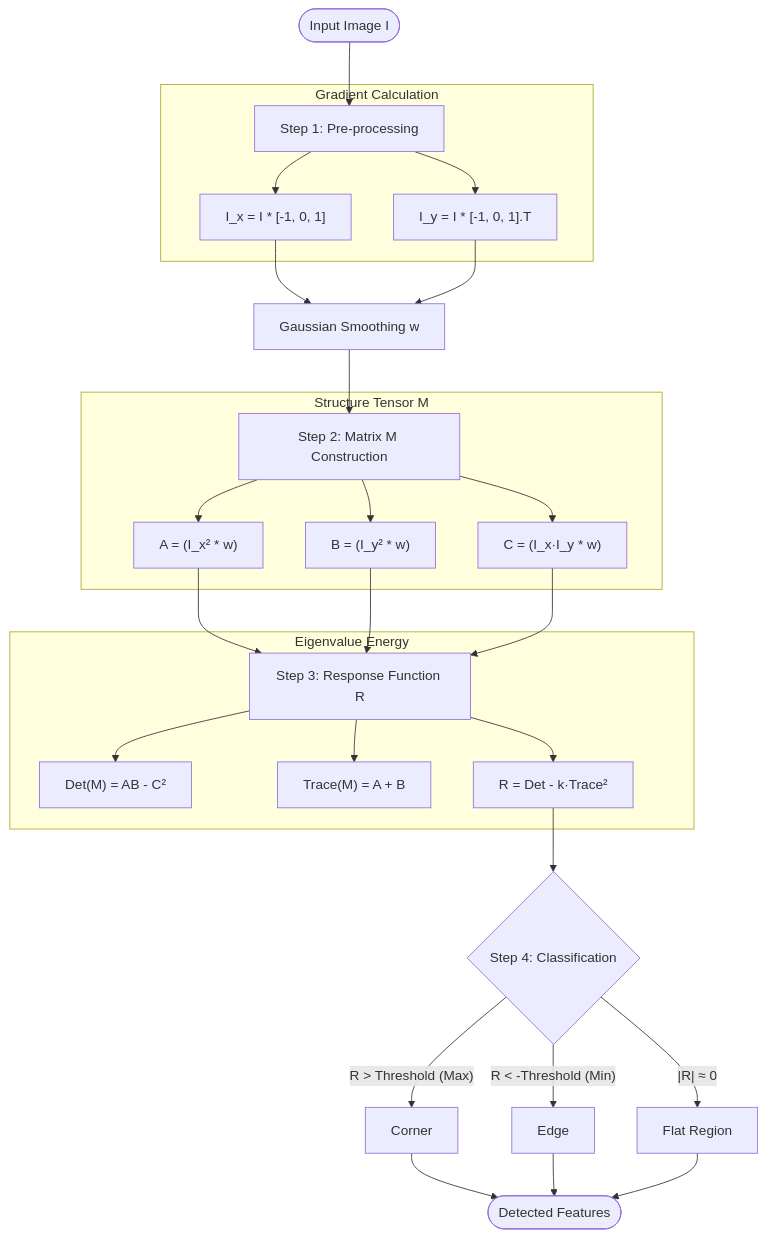
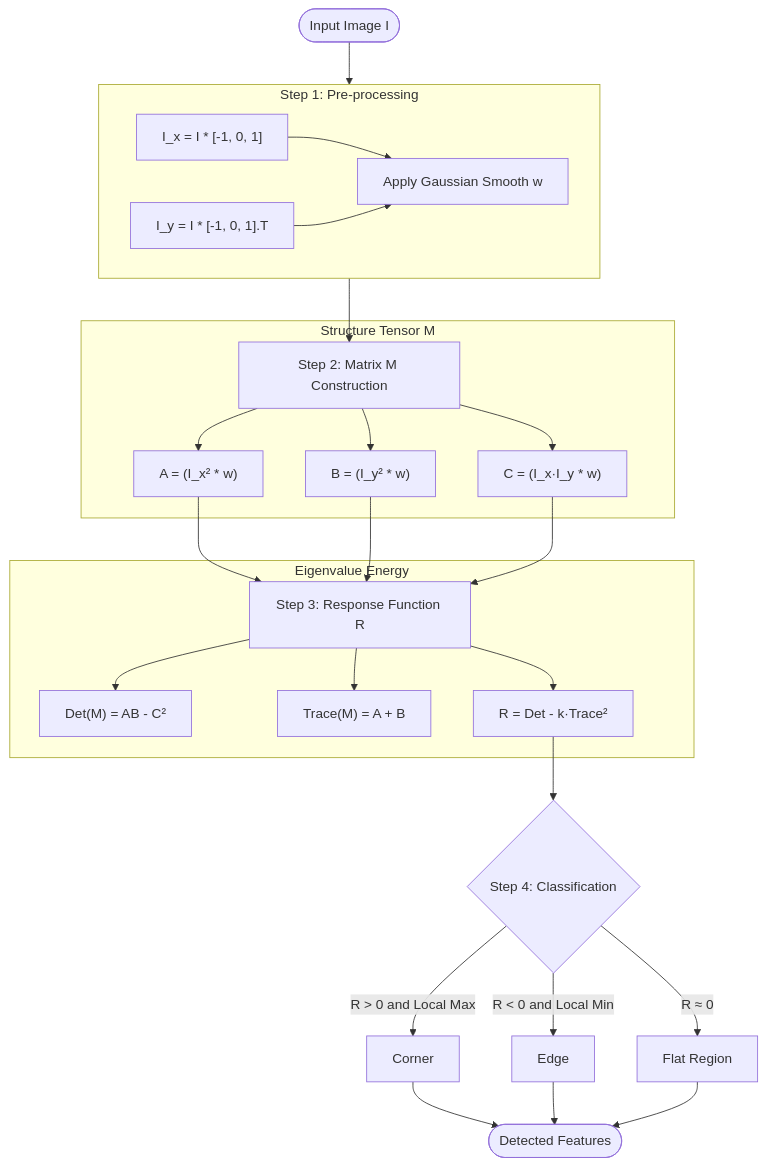
One commit to oldpig123/DISP-tutorial changed the diagram in README.md. Above: the diagram before and after it, drawn with Mermaid.

Commit message:
Tutorial 5 (Exercise 4): Refined Harris Flowchart to group Gradient and Smoothing into Pre-processing step.

````diff
--- a/README.md
+++ b/README.md
@@ -265,38 +265,37 @@
 ```mermaid
 graph TD
-    Start([Input Image I]) --> Step1[Step 1: Pre-processing]
+    Start([Input Image I]) --> Step1
     
-    subgraph "Gradient Calculation"
-        Step1 --> Ix["I_x = I * [-1, 0, 1]"]
-        Step1 --> Iy["I_y = I * [-1, 0, 1].T"]
+    subgraph Step1 ["Step 1: Pre-processing"]
+        Ix["I_x = I * [-1, 0, 1]"]
+        Iy["I_y = I * [-1, 0, 1].T"]
+        Smooth["Apply Gaussian Smooth w"]
+        Ix & Iy --> Smooth
     end
     
-    Ix --> Smooth[Gaussian Smoothing w]
-    Iy --> Smooth
-    
-    Smooth --> Step2[Step 2: Matrix M Construction]
+    Step1 --> Step2[Step 2: Matrix M Construction]
     
     subgraph "Structure Tensor M"
         Step2 --> A["A = (I_x² * w)"]
         Step2 --> B["B = (I_y² * w)"]
         Step2 --> C["C = (I_x·I_y * w)"]
     end
     
     A & B & C --> Step3[Step 3: Response Function R]
     
     subgraph "Eigenvalue Energy"
         Step3 --> Det["Det(M) = AB - C²"]
         Step3 --> Tr["Trace(M) = A + B"]
         Step3 --> R["R = Det - k·Trace²"]
     end
     
     R --> Step4{Step 4: Classification}
     
-    Step4 -- "R > Threshold (Max)" --> Corner[Corner]
-    Step4 -- "R < -Threshold (Min)" --> Edge[Edge]
-    Step4 -- "|R| ≈ 0" --> Flat[Flat Region]
+    Step4 -- "R > 0 and Local Max" --> Corner[Corner]
+    Step4 -- "R < 0 and Local Min" --> Edge[Edge]
+    Step4 -- "R ≈ 0" --> Flat[Flat Region]
     
     Corner --> End([Detected Features])
     Edge --> End
     Flat --> End
 ```
````
